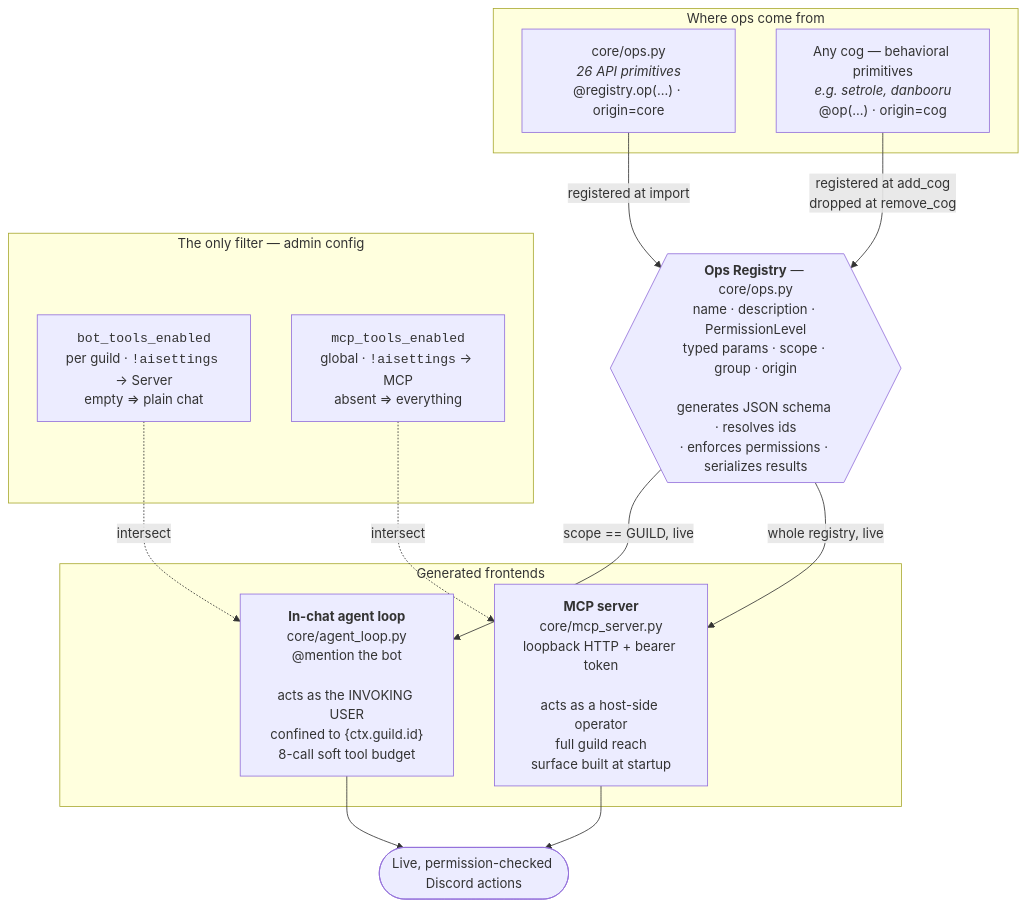
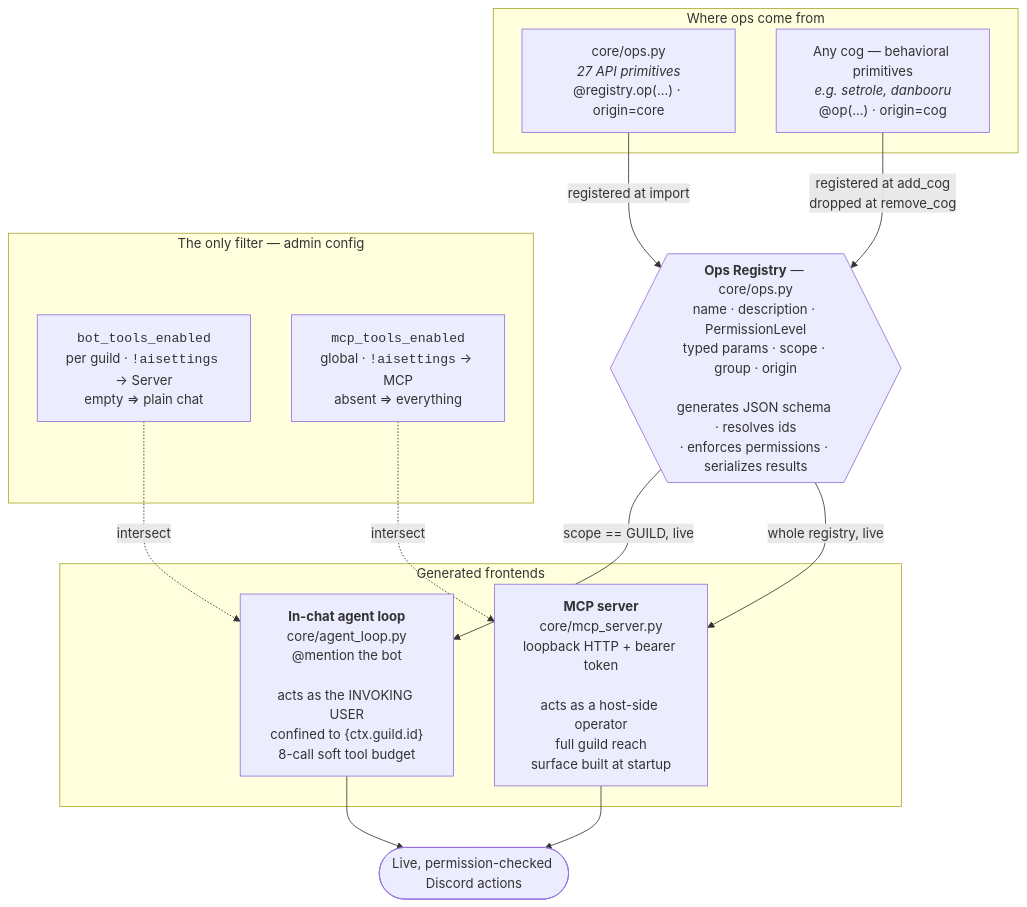
Before and after one commit to dudebot/literallybot: the first of 2 diagrams in README.md, drawn with Mermaid. The commit also changed other lines of this file and 6 other files, not shown here.

````diff
--- a/README.md
+++ b/README.md
@@ -79,31 +79,31 @@
 ```mermaid
 flowchart TB
     subgraph SRC["Where ops come from"]
-        CORE["core/ops.py<br/><i>26 API primitives</i><br/>@registry.op(...) · origin=core"]
+        CORE["core/ops.py<br/><i>27 API primitives</i><br/>@registry.op(...) · origin=core"]
         COG["Any cog — behavioral primitives<br/><i>e.g. setrole, danbooru</i><br/>@op(...) · origin=cog"]
     end
 
     REG{{"<b>Ops Registry</b> — core/ops.py<br/>name · description · PermissionLevel<br/>typed params · scope · group · origin<br/><br/>generates JSON schema · resolves ids<br/>· enforces permissions · serializes results"}}
 
     CORE -->|"registered at import"| REG
     COG -->|"registered at add_cog<br/>dropped at remove_cog"| REG
 
     subgraph FE["Generated frontends"]
         AGENT["<b>In-chat agent loop</b><br/>core/agent_loop.py<br/>@mention the bot<br/><br/>acts as the INVOKING USER<br/>confined to {ctx.guild.id}<br/>8-call soft tool budget"]
         MCP["<b>MCP server</b><br/>core/mcp_server.py<br/>loopback HTTP + bearer token<br/><br/>acts as a host-side operator<br/>full guild reach<br/>surface built at startup"]
     end
 
     REG -->|"scope == GUILD, live"| AGENT
     REG -->|"whole registry, live"| MCP
 
     subgraph CFG["The only filter — admin config"]
         BT["<code>bot_tools_enabled</code><br/>per guild · <code>!aisettings</code> → Server<br/>empty ⇒ plain chat"]
         MT["<code>mcp_tools_enabled</code><br/>global · <code>!aisettings</code> → MCP<br/>absent ⇒ everything"]
     end
 
     BT -.->|"intersect"| AGENT
     MT -.->|"intersect"| MCP
 
     AGENT --> OUT(["Live, permission-checked Discord actions"])
     MCP --> OUT
 ```
````
